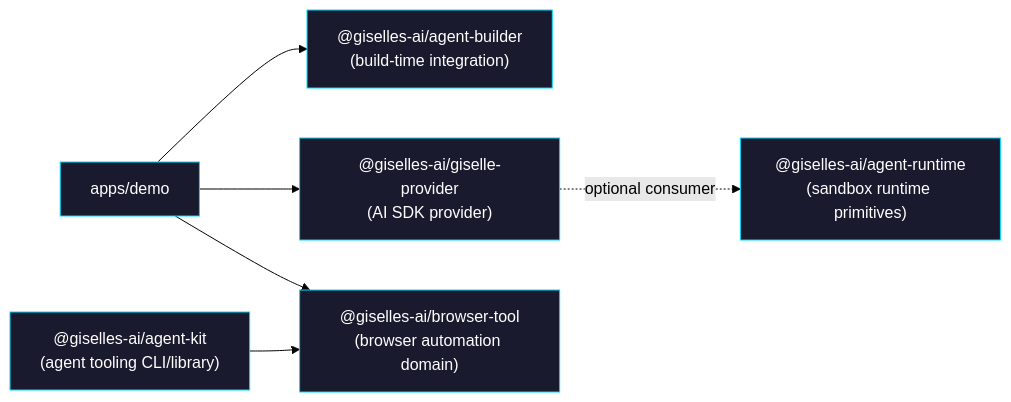
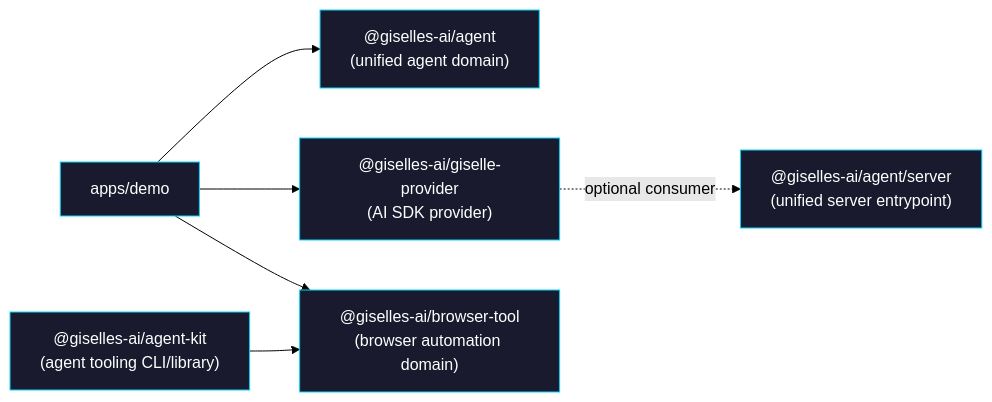
The first of 2 diagrams in tasks/package-structure-realignment/AGENTS.md (giselles-ai/agent-container), drawn with Mermaid (forest theme) before and after one commit. The commit also changed other lines of this file and 56 other files, not shown here.

Commit message:
refactor(agent): unify agent-builder and agent-runtime into single package

````diff
--- a/tasks/package-structure-realignment/AGENTS.md
+++ b/tasks/package-structure-realignment/AGENTS.md
@@ -18,23 +20,23 @@
 ```mermaid
 flowchart LR
     Demo["apps/demo"]
 
-    Builder["@giselles-ai/agent-builder<br/>(build-time integration)"]
+    Agent["@giselles-ai/agent<br/>(unified agent domain)"]
     Provider["@giselles-ai/giselle-provider<br/>(AI SDK provider)"]
     Browser["@giselles-ai/browser-tool<br/>(browser automation domain)"]
-    Runtime["@giselles-ai/agent-runtime<br/>(sandbox runtime primitives)"]
+    Runtime["@giselles-ai/agent/server<br/>(unified server entrypoint)"]
     Snapshot["@giselles-ai/agent-kit<br/>(agent tooling CLI/library)"]
 
-    Demo --> Builder
+    Demo --> Agent
     Demo --> Provider
     Demo --> Browser
     Snapshot --> Browser
     Provider -. optional consumer .-> Runtime
 
     style Demo fill:#1a1a2e,stroke:#00d9ff,color:#ffffff
-    style Builder fill:#1a1a2e,stroke:#00d9ff,color:#ffffff
+    style Agent fill:#1a1a2e,stroke:#00d9ff,color:#ffffff
     style Provider fill:#1a1a2e,stroke:#00d9ff,color:#ffffff
     style Browser fill:#1a1a2e,stroke:#00d9ff,color:#ffffff
     style Runtime fill:#1a1a2e,stroke:#00d9ff,color:#ffffff
     style Snapshot fill:#1a1a2e,stroke:#00d9ff,color:#ffffff
 ```
````
